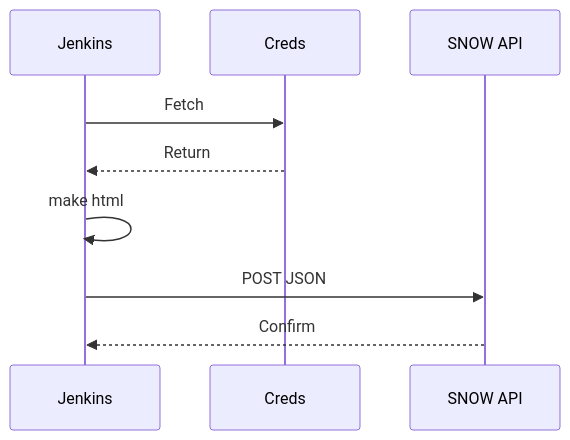
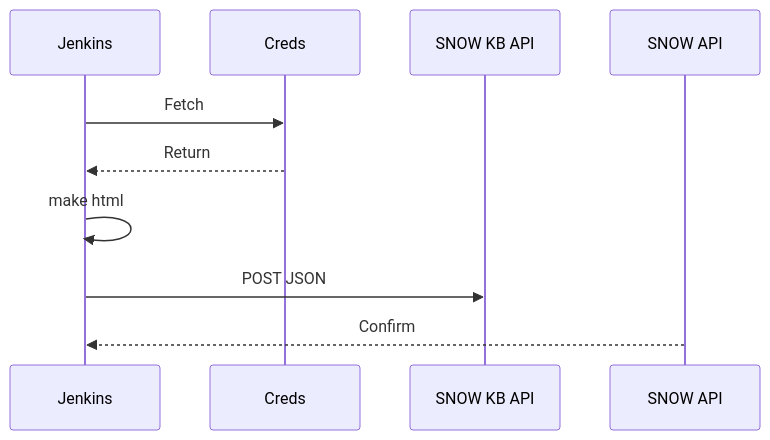
Before and after one commit to buckeye43210/markdown-to-snowkb: the tenth of 11 diagrams in README.md, drawn with Mermaid. The commit also changed other lines of this file, not shown here.

````diff
--- a/README.md
+++ b/README.md
@@ -531,8 +531,8 @@
 ```mermaid
 sequenceDiagram
     Jenkins->>Creds: Fetch
     Creds-->>Jenkins: Return
     Jenkins->>Jenkins: make html
-    Jenkins->>SNOW API: POST JSON
+    Jenkins->>SNOW KB API: POST JSON
     SNOW API-->>Jenkins: Confirm
 ```
````
